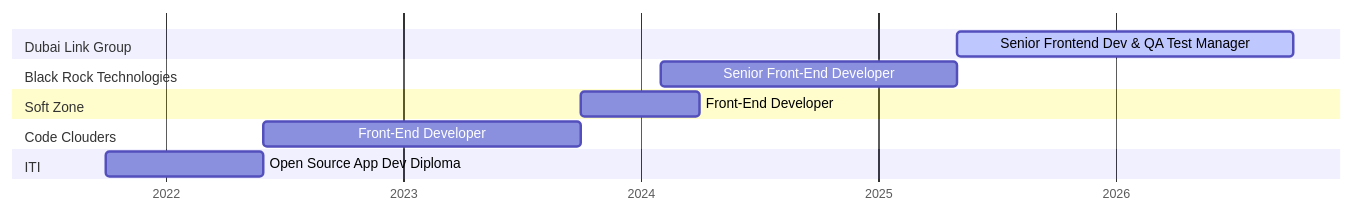
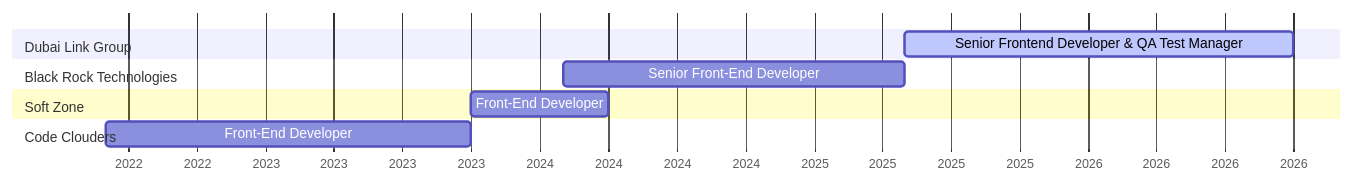
Before and after one commit to NermeenShehab/NermeenShehab: the first of 3 diagrams in README.md, drawn with Mermaid. The commit also changed other lines of this file, not shown here.

````diff
--- a/README.md
+++ b/README.md
@@ -35,15 +33,13 @@
 ```mermaid
 gantt
     dateFormat YYYY-MM
     axisFormat %Y
     section Dubai Link Group
-    Senior Frontend Dev & QA Test Manager :active, 2025-05, 2026-10
+    Senior Frontend Developer & QA Test Manager :active, 2025-05, 2026-10
     section Black Rock Technologies
-    Senior Front-End Developer            :2024-02, 2025-05
+    Senior Front-End Developer :2024-02, 2025-05
     section Soft Zone
-    Front-End Developer                   :2023-10, 2024-04
+    Front-End Developer :2023-10, 2024-04
     section Code Clouders
-    Front-End Developer                   :2022-06, 2023-10
-    section ITI
-    Open Source App Dev Diploma           :2021-10, 2022-06
+    Front-End Developer :2022-06, 2023-10
 ```
````
